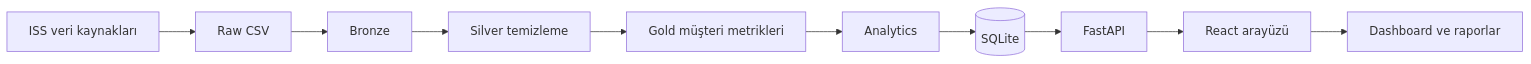
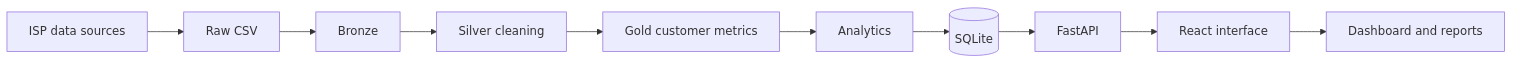
One commit to GamzeNurAslan/TecJA changed the diagram in README.md. Above: the diagram before and after it, drawn with Mermaid. The commit also changed other lines of this file, not shown here.

````diff
--- a/README.md
+++ b/README.md
@@ -11,12 +11,12 @@
 ```mermaid
 flowchart LR
-    A[ISS veri kaynakları] --> B[Raw CSV]
+    A[ISP data sources] --> B[Raw CSV]
     B --> C[Bronze]
-    C --> D[Silver temizleme]
-    D --> E[Gold müşteri metrikleri]
+    C --> D[Silver cleaning]
+    D --> E[Gold customer metrics]
     E --> F[Analytics]
     F --> G[(SQLite)]
     G --> H[FastAPI]
-    H --> I[React arayüzü]
-    I --> J[Dashboard ve raporlar]
+    H --> I[React interface]
+    I --> J[Dashboard and reports]
 ```
````
